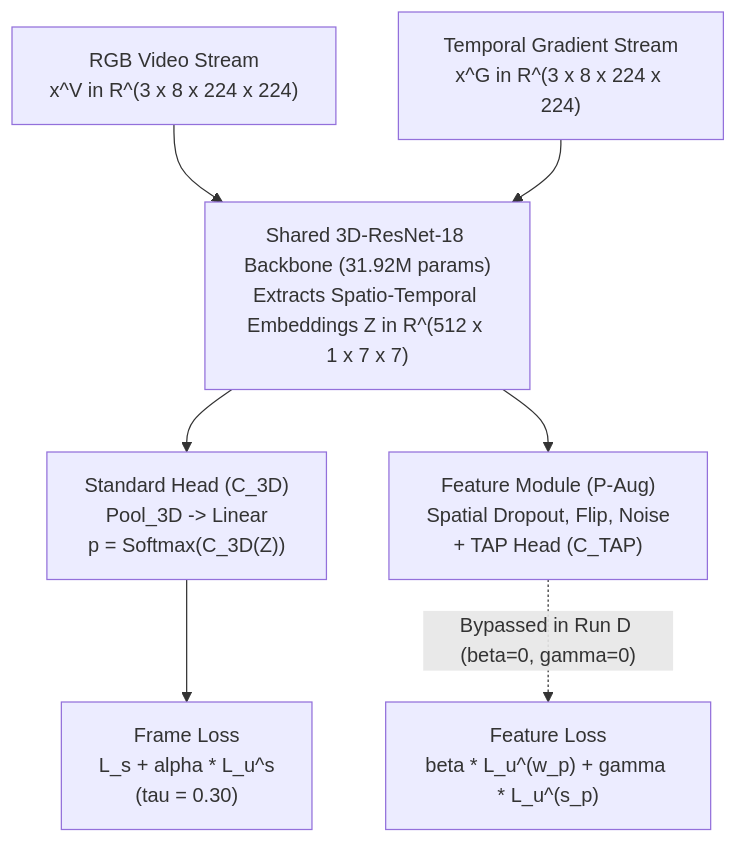
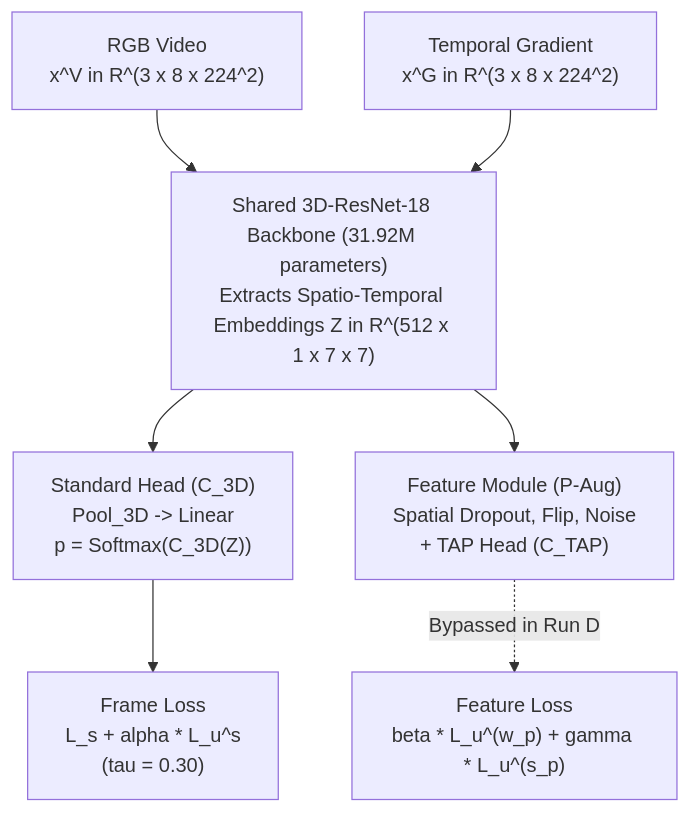
One commit to MankiratSingh-git/P24-CV changed the diagram in docs/tables_and_figures.md. Above: the diagram before and after it, drawn with Mermaid. The commit also changed other lines of this file, not shown here.

Commit message:
docs: restrict tables_and_figures.md strictly to Figure 1, Table 1, and Table 2 from report.tex

````diff
--- a/docs/tables_and_figures.md
+++ b/docs/tables_and_figures.md
@@ -11,12 +9,12 @@
 ```mermaid
 flowchart TD
-    RGB["RGB Video Stream<br/>x^V in R^(3 x 8 x 224 x 224)"] --> BB
-    TG["Temporal Gradient Stream<br/>x^G in R^(3 x 8 x 224 x 224)"] --> BB
-    BB["Shared 3D-ResNet-18 Backbone (31.92M params)<br/>Extracts Spatio-Temporal Embeddings Z in R^(512 x 1 x 7 x 7)"]
+    RGB["RGB Video<br/>x^V in R^(3 x 8 x 224^2)"] --> BB
+    TG["Temporal Gradient<br/>x^G in R^(3 x 8 x 224^2)"] --> BB
+    BB["Shared 3D-ResNet-18 Backbone (31.92M parameters)<br/>Extracts Spatio-Temporal Embeddings Z in R^(512 x 1 x 7 x 7)"]
 
     BB --> C3D["Standard Head (C_3D)<br/>Pool_3D -> Linear<br/>p = Softmax(C_3D(Z))"]
     BB --> PAUG["Feature Module (P-Aug)<br/>Spatial Dropout, Flip, Noise<br/>+ TAP Head (C_TAP)"]
 
     C3D --> LF["Frame Loss<br/>L_s + alpha * L_u^s<br/>(tau = 0.30)"]
-    PAUG -.->|"Bypassed in Run D (beta=0, gamma=0)"| LFEAT["Feature Loss<br/>beta * L_u^(w_p) + gamma * L_u^(s_p)"]
+    PAUG -.->|"Bypassed in Run D"| LFEAT["Feature Loss<br/>beta * L_u^(w_p) + gamma * L_u^(s_p)"]
 ```
````
